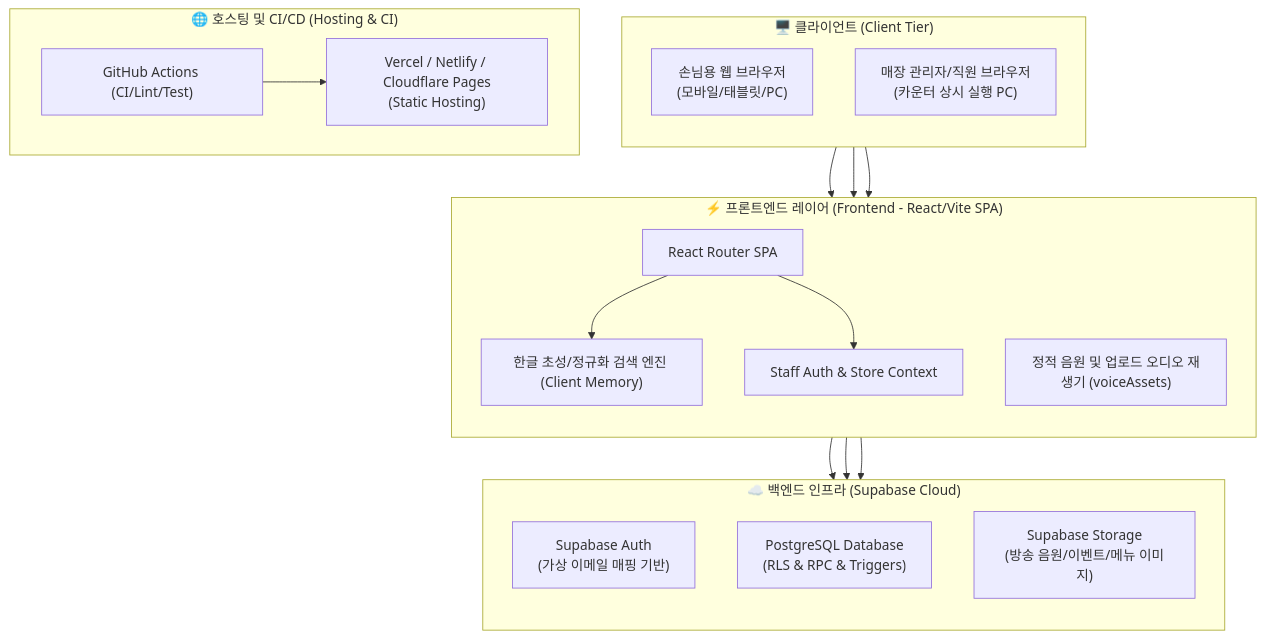
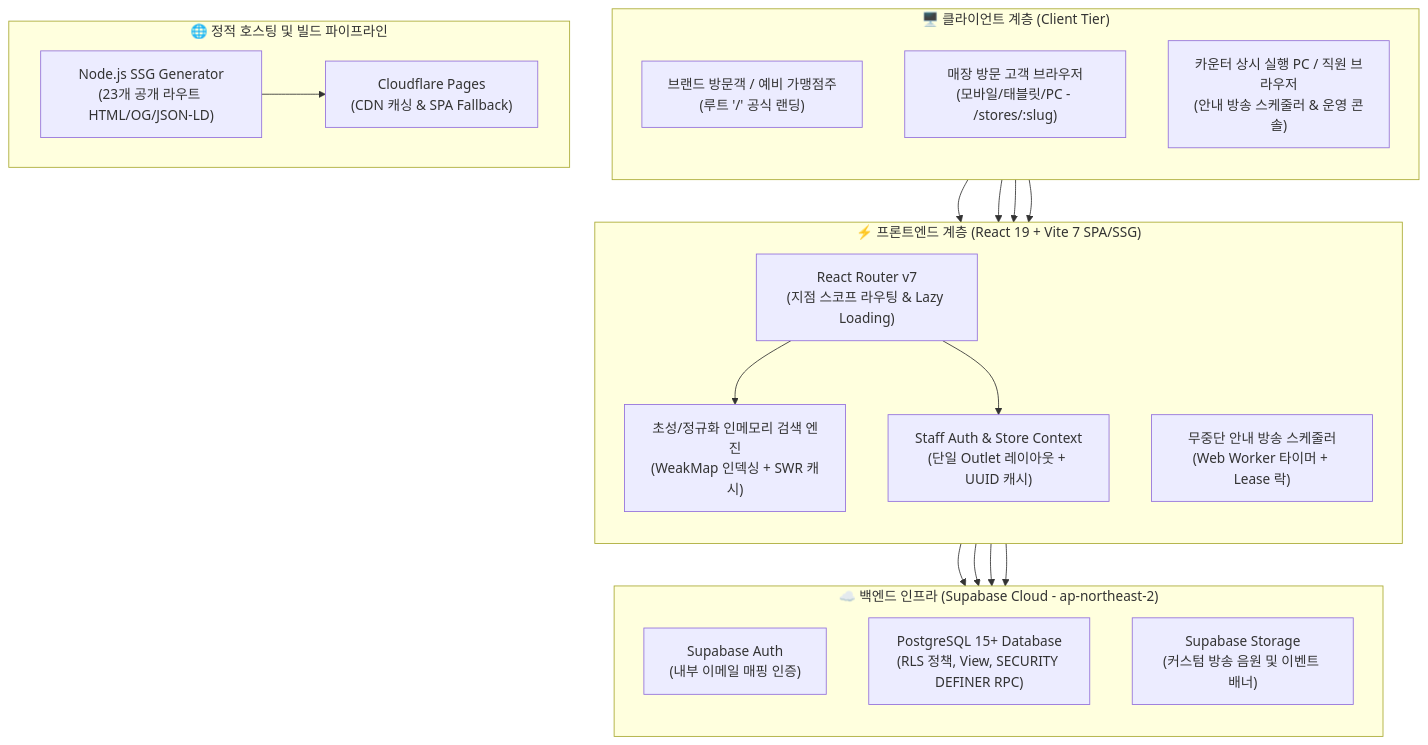
The first of 2 diagrams in docs/ARCHITECTURE.md (SHINJAEHEE-DEV/CartoonPlus), drawn with Mermaid before and after one commit. The commit also changed other lines of this file and 3 other files, not shown here.

Commit message:
docs(arch): 실제 기술 스택, 디렉터리 구조 및 라우트 맵 기준 ARCHITECTURE·CODEBASE_STRUCTURE 갱신

````diff
--- a/docs/ARCHITECTURE.md
+++ b/docs/ARCHITECTURE.md
@@ -11,39 +11,42 @@
 ```mermaid
 flowchart TB
-    subgraph Client["🖥️ 클라이언트 (Client Tier)"]
+    subgraph Client["🖥️ 클라이언트 계층 (Client Tier)"]
         direction TB
-        UserBrowser["손님용 웹 브라우저<br/>(모바일/태블릿/PC)"]
-        StaffBrowser["매장 관리자/직원 브라우저<br/>(카운터 상시 실행 PC)"]
+        BrandVisitor["브랜드 방문객 / 예비 가맹점주<br/>(루트 '/' 공식 랜딩)"]
+        CustomerBrowser["매장 방문 고객 브라우저<br/>(모바일/태블릿/PC - /stores/:slug)"]
+        StaffBrowser["카운터 상시 실행 PC / 직원 브라우저<br/>(안내 방송 스케줄러 & 운영 콘솔)"]
     end
 
-    subgraph Frontend["⚡ 프론트엔드 레이어 (Frontend - React/Vite SPA)"]
+    subgraph Frontend["⚡ 프론트엔드 계층 (React 19 + Vite 7 SPA/SSG)"]
         direction TB
-        AppRouting["React Router SPA"]
-        SearchEngine["한글 초성/정규화 검색 엔진 (Client Memory)"]
-        AudioModule["정적 음원 및 업로드 오디오 재생기 (voiceAssets)"]
-        StaffContext["Staff Auth & Store Context"]
+        AppRouting["React Router v7<br/>(지점 스코프 라우팅 & Lazy Loading)"]
+        SearchEngine["초성/정규화 인메모리 검색 엔진<br/>(WeakMap 인덱싱 + SWR 캐시)"]
+        BroadcastEngine["무중단 안내 방송 스케줄러<br/>(Web Worker 타이머 + Lease 락)"]
+        StaffContext["Staff Auth & Store Context<br/>(단일 Outlet 레이아웃 + UUID 캐시)"]
     end
 
-    subgraph BaaS["☁️ 백엔드 인프라 (Supabase Cloud)"]
+    subgraph BaaS["☁️ 백엔드 인프라 (Supabase Cloud - ap-northeast-2)"]
         direction TB
-        Auth["Supabase Auth<br/>(가상 이메일 매핑 기반)"]
-        Postgres["PostgreSQL Database<br/>(RLS & RPC & Triggers)"]
-        Storage["Supabase Storage<br/>(방송 음원/이벤트/메뉴 이미지)"]
+        Auth["Supabase Auth<br/>(내부 이메일 매핑 인증)"]
+        Postgres["PostgreSQL 15+ Database<br/>(RLS 정책, View, SECURITY DEFINER RPC)"]
+        Storage["Supabase Storage<br/>(커스텀 방송 음원 및 이벤트 배너)"]
     end
 
-    subgraph Hosting["🌐 호스팅 및 CI/CD (Hosting & CI)"]
-        VercelNetlify["Vercel / Netlify / Cloudflare Pages<br/>(Static Hosting)"]
-        GitHubActions["GitHub Actions (CI/Lint/Test)"]
+    subgraph Hosting["🌐 정적 호스팅 및 빌드 파이프라인"]
+        CloudflarePages["Cloudflare Pages<br/>(CDN 캐싱 & SPA Fallback)"]
+        SSGGenerator["Node.js SSG Generator<br/>(23개 공개 라우트 HTML/OG/JSON-LD)"]
     end
 
-    UserBrowser --> AppRouting
+    BrandVisitor --> AppRouting
+    CustomerBrowser --> AppRouting
     StaffBrowser --> AppRouting
-    StaffBrowser --> AudioModule
+    StaffBrowser --> BroadcastEngine
     AppRouting --> SearchEngine
     AppRouting --> StaffContext
 
     StaffContext --> Auth
     AppRouting --> Postgres
-    AppRouting --> Storage
-    GitHubActions --> VercelNetlify
+    BroadcastEngine --> Postgres
+    BroadcastEngine --> Storage
+    SSGGenerator --> CloudflarePages
 ```
````
